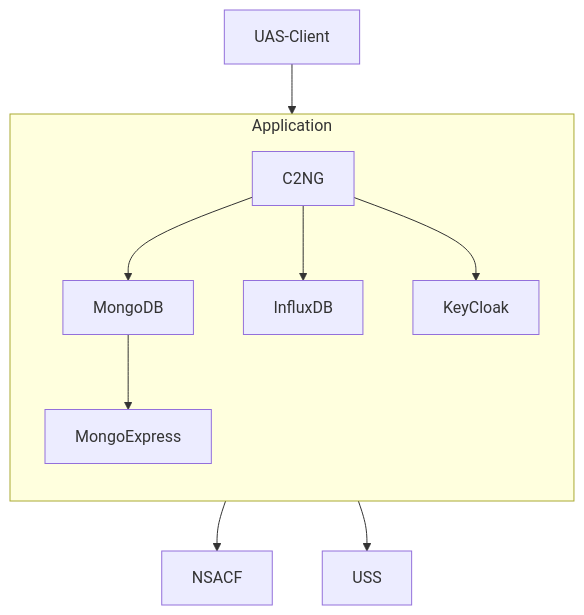
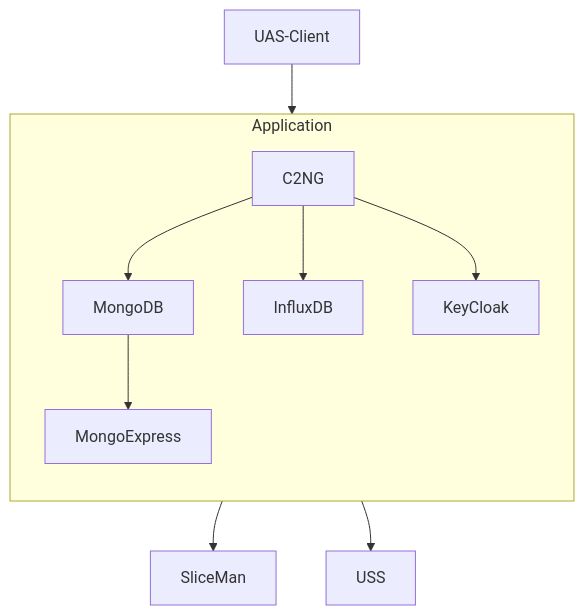
One commit to flyvercity/iot-ngin-c2ng changed the second of 7 diagrams in docs/GENERAL.md. Above: the diagram before and after it, drawn with Mermaid. The commit also changed other lines of this file and 11 other files, not shown here.

````diff
--- a/docs/GENERAL.md
+++ b/docs/GENERAL.md
@@ -59,13 +59,13 @@
 ```mermaid
 flowchart
     UAS-Client --> Application
     subgraph Application
         direction TB
         C2NG --> MongoDB
         C2NG --> InfluxDB
         C2NG --> KeyCloak
         MongoDB --> MongoExpress
     end
-    Application --> NSACF
+    Application --> SliceMan
     Application --> USS
 ```
````
